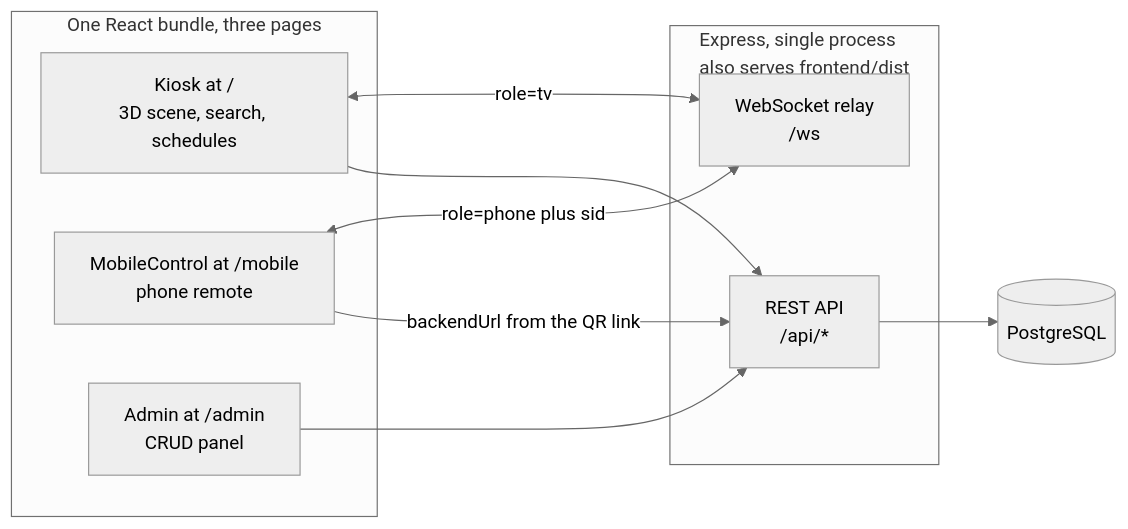
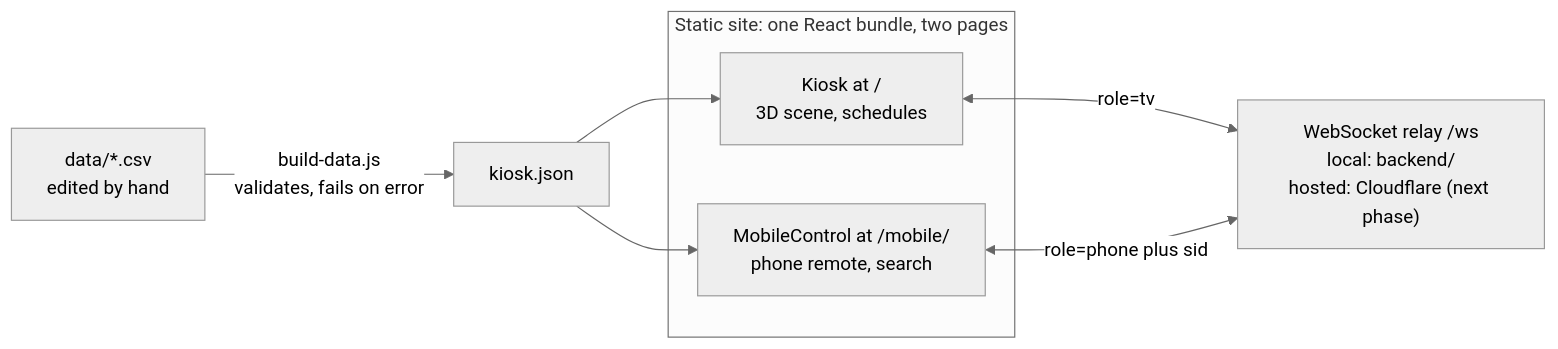
One commit to hadziq/IF-Kiosk changed the first of 2 diagrams in README.md. Above: the diagram before and after it, drawn with Mermaid (neutral theme). The commit also changed other lines of this file and 95 other files, not shown here.

````diff
--- a/README.md
+++ b/README.md
@@ -37,24 +36,16 @@
 ```mermaid
 flowchart LR
-    subgraph browser["One React bundle, three pages"]
-        kiosk["Kiosk at /<br/>3D scene, search, schedules"]
-        mobile["MobileControl at /mobile<br/>phone remote"]
-        admin["Admin at /admin<br/>CRUD panel"]
+    csv["data/*.csv<br/>edited by hand"] -->|"build-data.js<br/>validates, fails on error"| json["kiosk.json"]
+
+    subgraph site["Static site: one React bundle, two pages"]
+        kiosk["Kiosk at /<br/>3D scene, schedules"]
+        mobile["MobileControl at /mobile/<br/>phone remote, search"]
     end
 
-    subgraph server["Express, single process<br/>also serves frontend/dist"]
-        rest["REST API<br/>/api/*"]
-        relay["WebSocket relay<br/>/ws"]
-    end
+    json --> kiosk
+    json --> mobile
 
-    db[("PostgreSQL")]
-
-    kiosk --> rest
-    admin --> rest
-    mobile -->|"backendUrl from the QR link"| rest
-
+    relay["WebSocket relay /ws<br/>local: backend/<br/>hosted: Cloudflare (next phase)"]
     kiosk <-->|"role=tv"| relay
     mobile <-->|"role=phone plus sid"| relay
-
-    rest --> db
 ```
````
